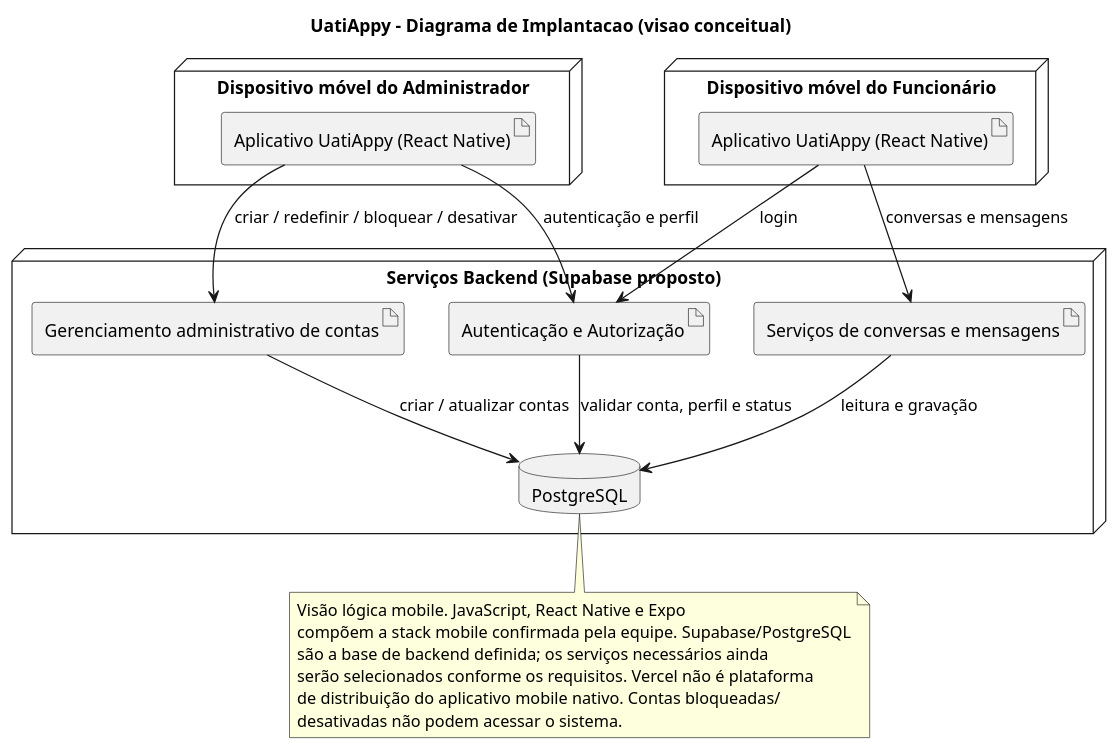
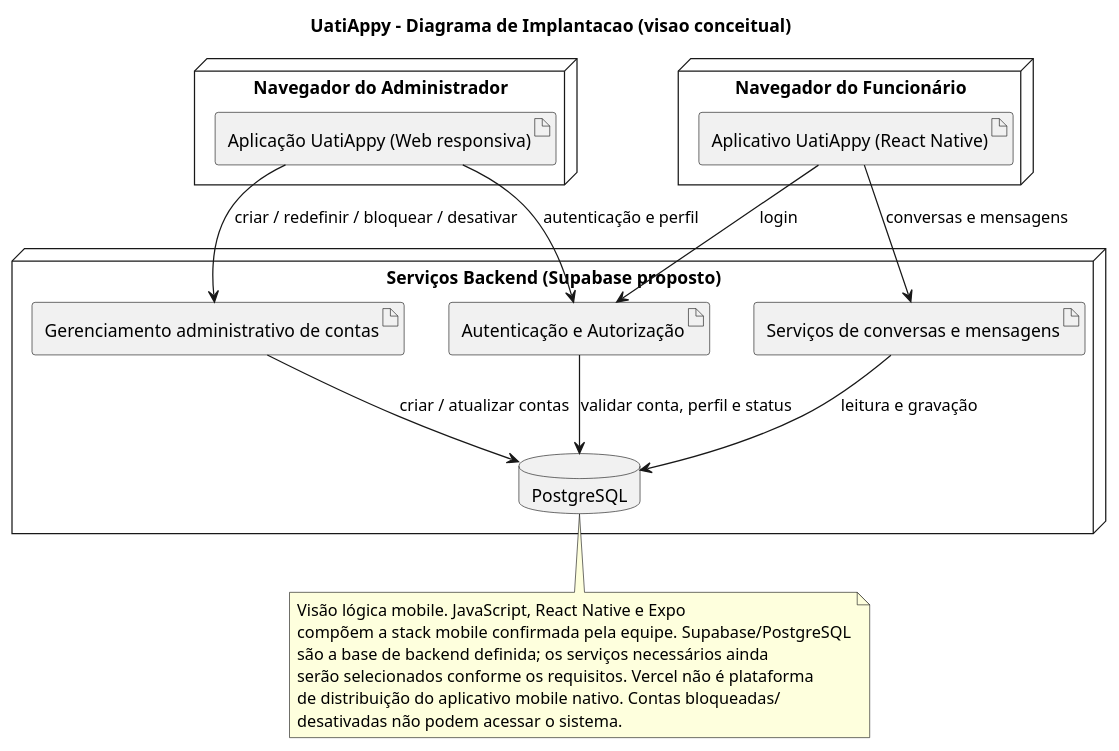
The fifth of 10 diagrams in Docs/requisitos/escopo-mvp.md (daviwanziler/uatiappy-vdois), drawn with PlantUML before and after one commit. The commit also changed other lines of this file, not shown here.

Commit message:
docs(architecture): adopt Web Mobile First decision

````diff
--- a/Docs/requisitos/escopo-mvp.md
+++ b/Docs/requisitos/escopo-mvp.md
@@ -396,35 +396,35 @@
 ```plantuml
 @startuml
 title UatiAppy - Diagrama de Implantacao (visao conceitual)
 
-node "Dispositivo móvel do Administrador" as ADMINDEVICE {
-  artifact "Aplicativo UatiAppy (React Native)" as ADMINAPP
+node "Navegador do Administrador" as ADMINDEVICE {
+  artifact "Aplicação UatiAppy (Web responsiva)" as ADMINAPP
 }
-node "Dispositivo móvel do Funcionário" as USERDEVICE {
+node "Navegador do Funcionário" as USERDEVICE {
   artifact "Aplicativo UatiAppy (React Native)" as USERAPP
 }
 node "Serviços Backend (Supabase proposto)" as BACKEND {
   artifact "Autenticação e Autorização" as AUTH
   artifact "Gerenciamento administrativo de contas" as ACCOUNT
   artifact "Serviços de conversas e mensagens" as CHAT
   database "PostgreSQL" as DB
 }
 
 ADMINAPP --> AUTH : autenticação e perfil
 USERAPP --> AUTH : login
 ADMINAPP --> ACCOUNT : criar / redefinir / bloquear / desativar
 USERAPP --> CHAT : conversas e mensagens
 AUTH --> DB : validar conta, perfil e status
 ACCOUNT --> DB : criar / atualizar contas
 CHAT --> DB : leitura e gravação
 
 note bottom
   Visão lógica mobile. JavaScript, React Native e Expo
   compõem a stack mobile confirmada pela equipe. Supabase/PostgreSQL
   são a base de backend definida; os serviços necessários ainda
   serão selecionados conforme os requisitos. Vercel não é plataforma
   de distribuição do aplicativo mobile nativo. Contas bloqueadas/
   desativadas não podem acessar o sistema.
 end note
 @enduml
 ```
````
